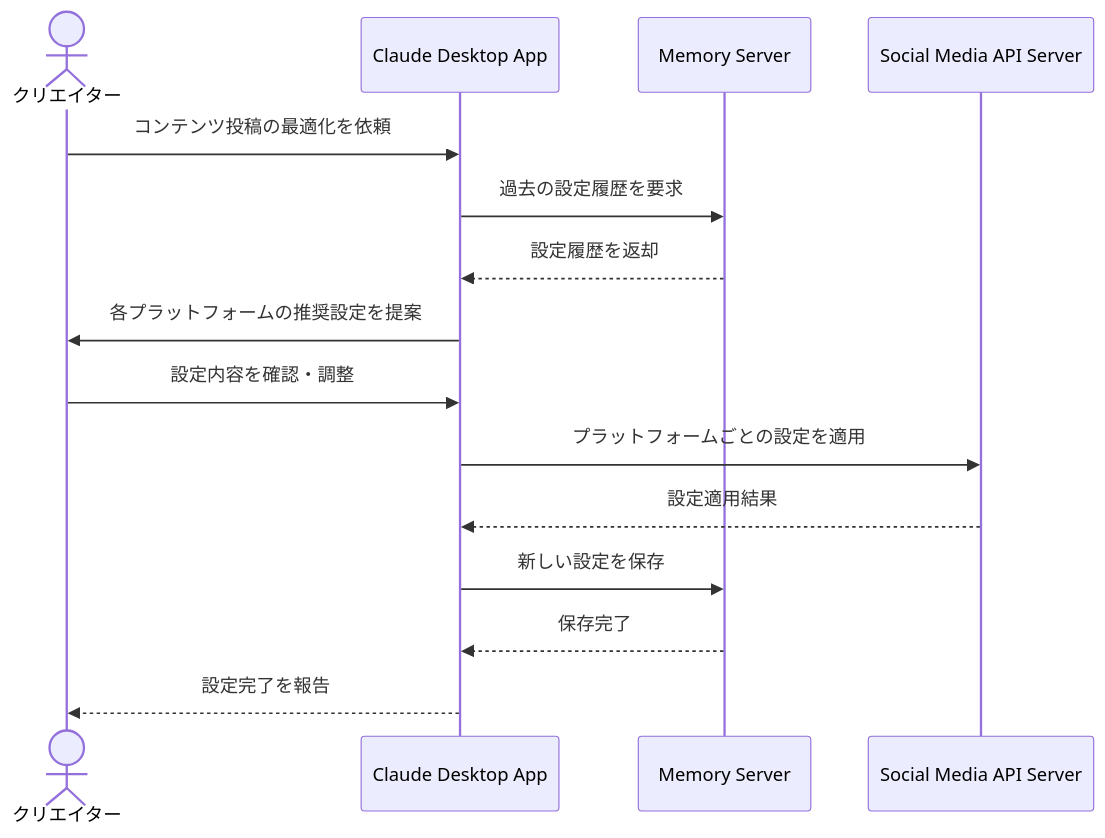
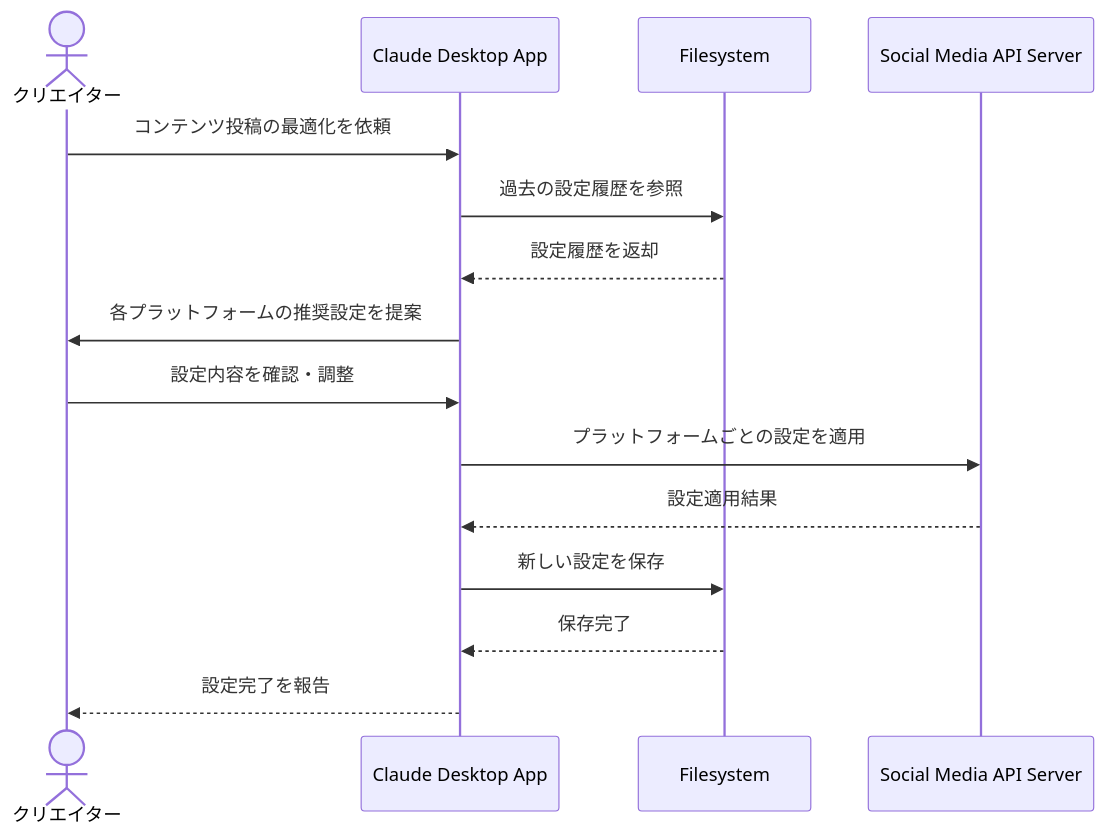
One commit to po-shu/mcp-100-ideas changed the diagram in docs/05_SNS発信/複数SNSの投稿設定を最適化する.md. Above: the diagram before and after it, drawn with Mermaid. The commit also changed other lines of this file and 3 other files, not shown here.

````diff
--- a/docs/05_SNS発信/複数SNSの投稿設定を最適化する.md
+++ b/docs/05_SNS発信/複数SNSの投稿設定を最適化する.md
@@ -17,22 +17,22 @@
 ```mermaid
 sequenceDiagram
     actor User as クリエイター
     participant Claude as Claude Desktop App
-    participant Memory as Memory Server
+    participant FS as Filesystem
     participant Social as Social Media API Server
     
     User->>Claude: コンテンツ投稿の最適化を依頼
-    Claude->>Memory: 過去の設定履歴を要求
-    Memory-->>Claude: 設定履歴を返却
+    Claude->>FS: 過去の設定履歴を参照
+    FS-->>Claude: 設定履歴を返却
     
     Claude->>User: 各プラットフォームの推奨設定を提案
     User->>Claude: 設定内容を確認・調整
     
     Claude->>Social: プラットフォームごとの設定を適用
     Social-->>Claude: 設定適用結果
     
-    Claude->>Memory: 新しい設定を保存
-    Memory-->>Claude: 保存完了
+    Claude->>FS: 新しい設定を保存
+    FS-->>Claude: 保存完了
     
     Claude-->>User: 設定完了を報告
 ```
````
